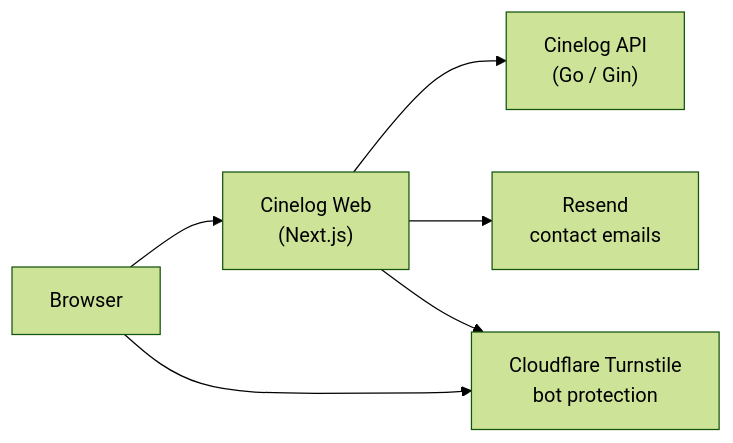
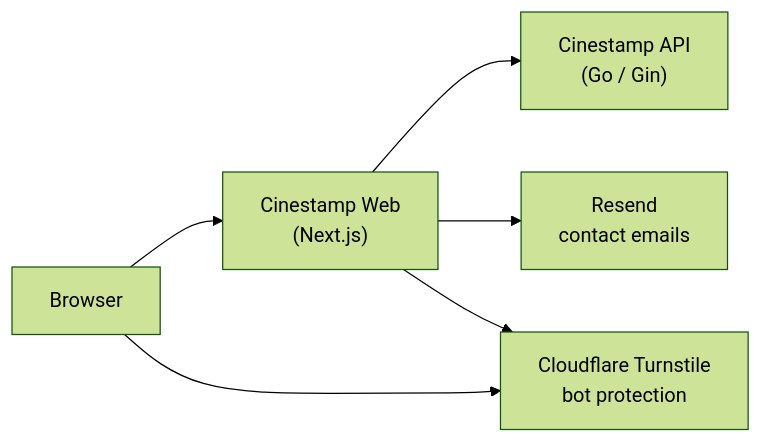
One commit to masaya-nishimura-09/movie-log changed the diagram in README.md. Above: the diagram before and after it, drawn with Mermaid (forest theme). The commit also changed other lines of this file and 7 other files, not shown here.

Commit message:
update: アプリ名を Cinelog から Cinestamp に変更する

````diff
--- a/README.md
+++ b/README.md
@@ -44,8 +44,8 @@
 ```mermaid
 flowchart LR
-    browser["Browser"] --> web["Cinelog Web<br/>(Next.js)"]
-    web --> api["Cinelog API<br/>(Go / Gin)"]
+    browser["Browser"] --> web["Cinestamp Web<br/>(Next.js)"]
+    web --> api["Cinestamp API<br/>(Go / Gin)"]
     web --> resend["Resend<br/>contact emails"]
     web --> turnstile["Cloudflare Turnstile<br/>bot protection"]
     browser --> turnstile
 ```
````
